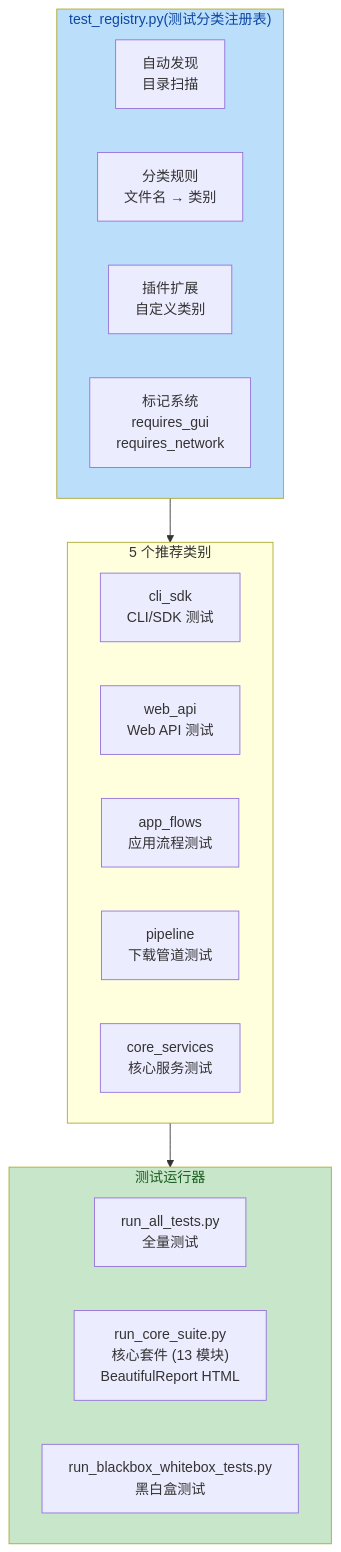
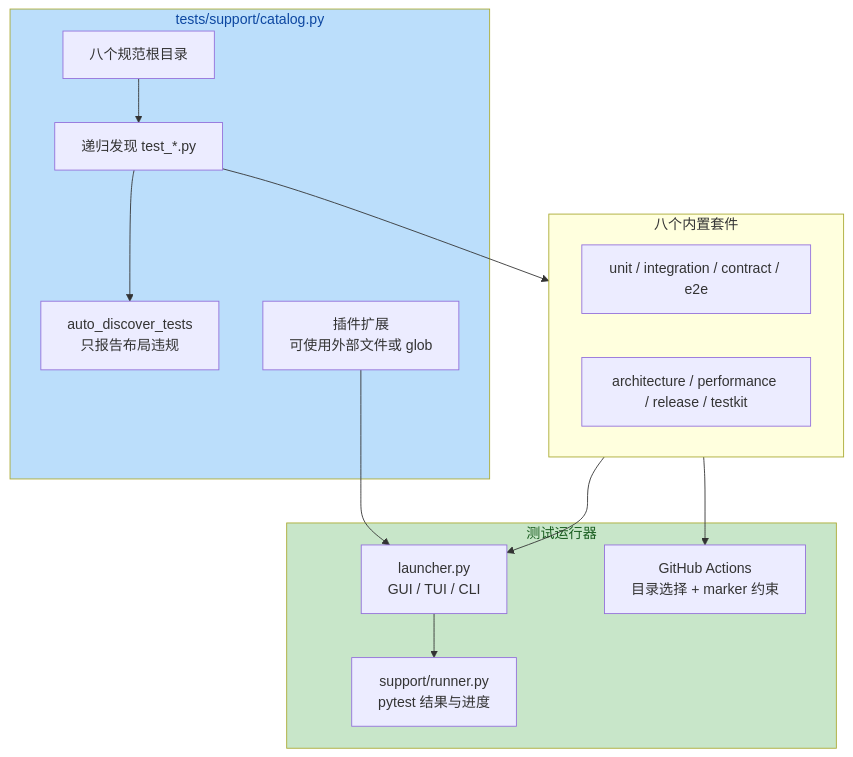
The third of 6 diagrams in mermaid/09-testing-and-quality.md (haohaizi554/UniversalCrawler), drawn with Mermaid before and after one commit. The commit also changed other lines of this file and 274 other files, not shown here.

Commit message:
test: migrate suites to canonical taxonomy

````diff
--- a/mermaid/09-testing-and-quality.md
+++ b/mermaid/09-testing-and-quality.md
@@ -78,29 +43,29 @@
 ```mermaid
 flowchart TB
-    subgraph Registry["test_registry.py(测试分类注册表)"]
-        Discover["自动发现<br/>目录扫描"]
-        Rules["分类规则<br/>文件名 → 类别"]
-        Plugin["插件扩展<br/>自定义类别"]
-        Markers["标记系统<br/>requires_gui<br/>requires_network"]
+    subgraph Catalog["tests/support/catalog.py"]
+        Roots["八个规范根目录"]
+        Discover["递归发现 test_*.py"]
+        Violations["auto_discover_tests<br/>只报告布局违规"]
+        Plugin["插件扩展<br/>可使用外部文件或 glob"]
     end
 
-    subgraph Categories["5 个推荐类别"]
-        C1["cli_sdk<br/>CLI/SDK 测试"]
-        C2["web_api<br/>Web API 测试"]
-        C3["app_flows<br/>应用流程测试"]
-        C4["pipeline<br/>下载管道测试"]
-        C5["core_services<br/>核心服务测试"]
+    subgraph Suites["八个内置套件"]
+        C1["unit / integration / contract / e2e"]
+        C2["architecture / performance / release / testkit"]
     end
 
     subgraph Runners["测试运行器"]
-        All["run_all_tests.py<br/>全量测试"]
-        Core["run_core_suite.py<br/>核心套件 (13 模块)<br/>BeautifulReport HTML"]
-        BB["run_blackbox_whitebox_tests.py<br/>黑白盒测试"]
+        Launcher["launcher.py<br/>GUI / TUI / CLI"]
+        Runner["support/runner.py<br/>pytest 结果与进度"]
+        CI["GitHub Actions<br/>目录选择 + marker 约束"]
     end
 
-    Registry --> Categories
-    Categories --> Runners
+    Roots --> Discover --> Suites
+    Discover --> Violations
+    Plugin --> Launcher
+    Suites --> Launcher --> Runner
+    Suites --> CI
 
-    style Registry fill:#bbdefb,color:#0d47a1
+    style Catalog fill:#bbdefb,color:#0d47a1
     style Runners fill:#c8e6c9,color:#1a5e20
 ```
````
